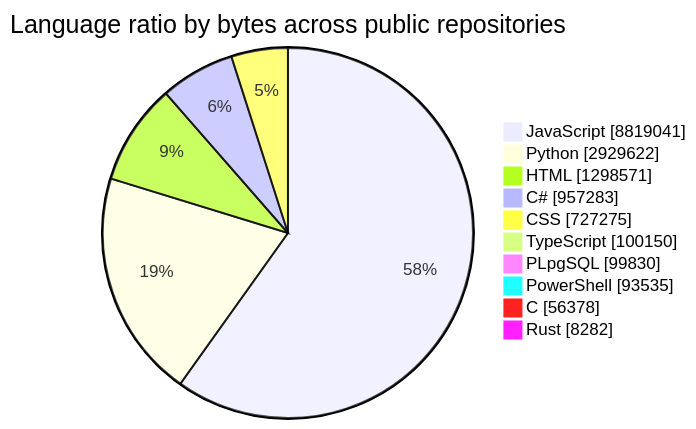
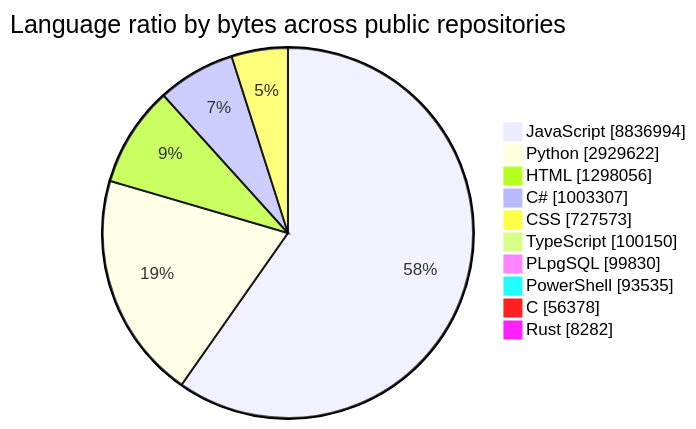
The first of 2 diagrams in README.md (tchinso/tchinso), drawn with Mermaid before and after one commit. The commit also changed other lines of this file, not shown here.

````diff
--- a/README.md
+++ b/README.md
@@ -27,14 +27,14 @@
 ```mermaid
 pie showData
     title Language ratio by bytes across public repositories
-    "JavaScript" : 8819041
+    "JavaScript" : 8836994
     "Python" : 2929622
-    "HTML" : 1298571
-    "C#" : 957283
-    "CSS" : 727275
+    "HTML" : 1298056
+    "C#" : 1003307
+    "CSS" : 727573
     "TypeScript" : 100150
     "PLpgSQL" : 99830
     "PowerShell" : 93535
     "C" : 56378
     "Rust" : 8282
 ```
````
